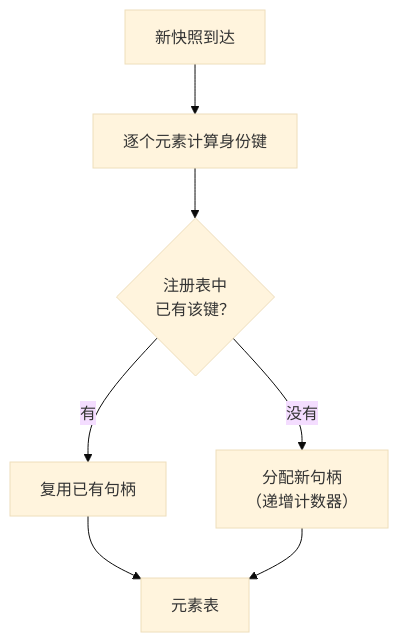
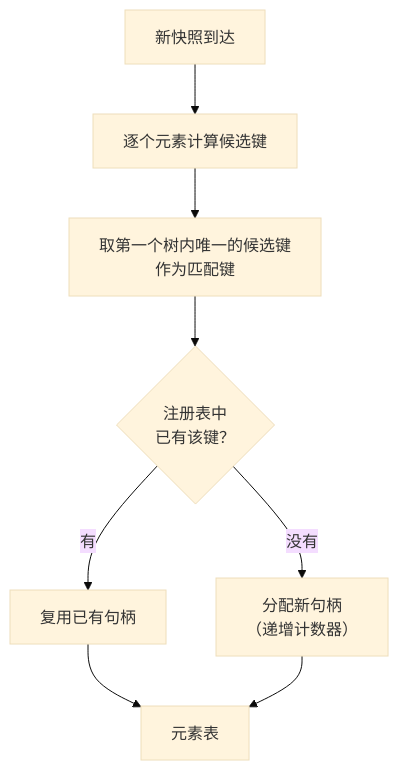
Before and after one commit to wangdadatao/super-computer-use: the diagram in docs/architecture/element_identity.md, drawn with Mermaid (base theme). The commit also changed other lines of this file and 13 other files, not shown here.

````diff
--- a/docs/architecture/element_identity.md
+++ b/docs/architecture/element_identity.md
@@ -95,9 +105,10 @@
 ```mermaid
 flowchart TD
-    SNAP["新快照到达"] --> EACH["逐个元素计算身份键"]
-    EACH --> Q{"注册表中<br/>已有该键？"}
+    SNAP["新快照到达"] --> EACH["逐个元素计算候选键"]
+    EACH --> MK["取第一个树内唯一的候选键<br/>作为匹配键"]
+    MK --> Q{"注册表中<br/>已有该键？"}
     Q -->|"有"| REUSE["复用已有句柄"]
     Q -->|"没有"| NEW["分配新句柄<br/>（递增计数器）"]
     REUSE --> OUT["元素表"]
     NEW --> OUT
 ```
````
